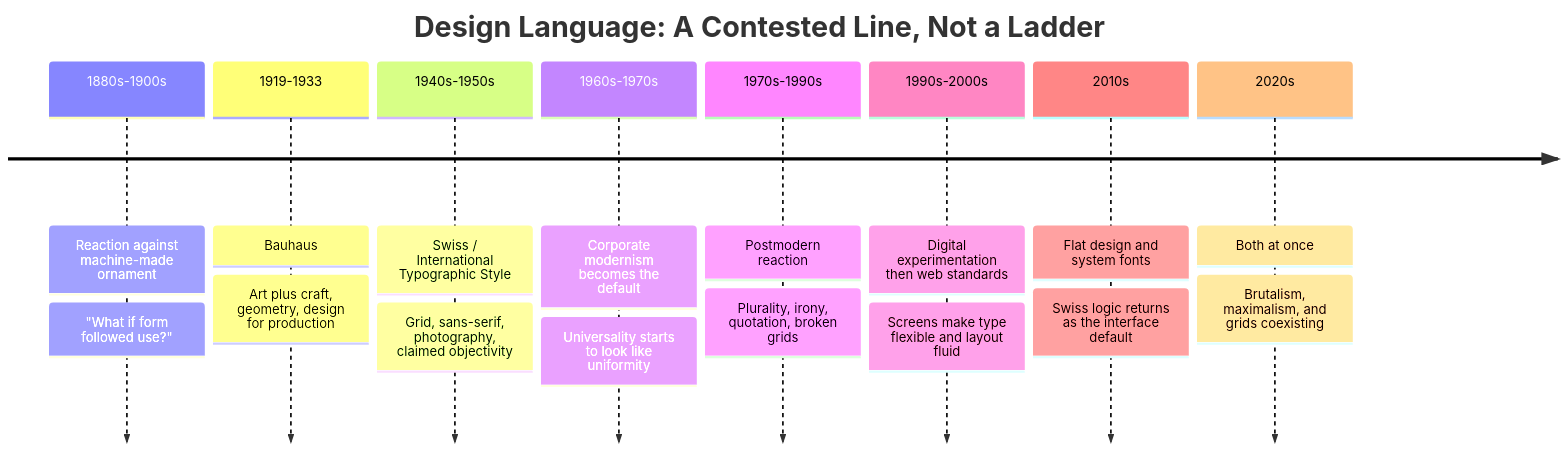
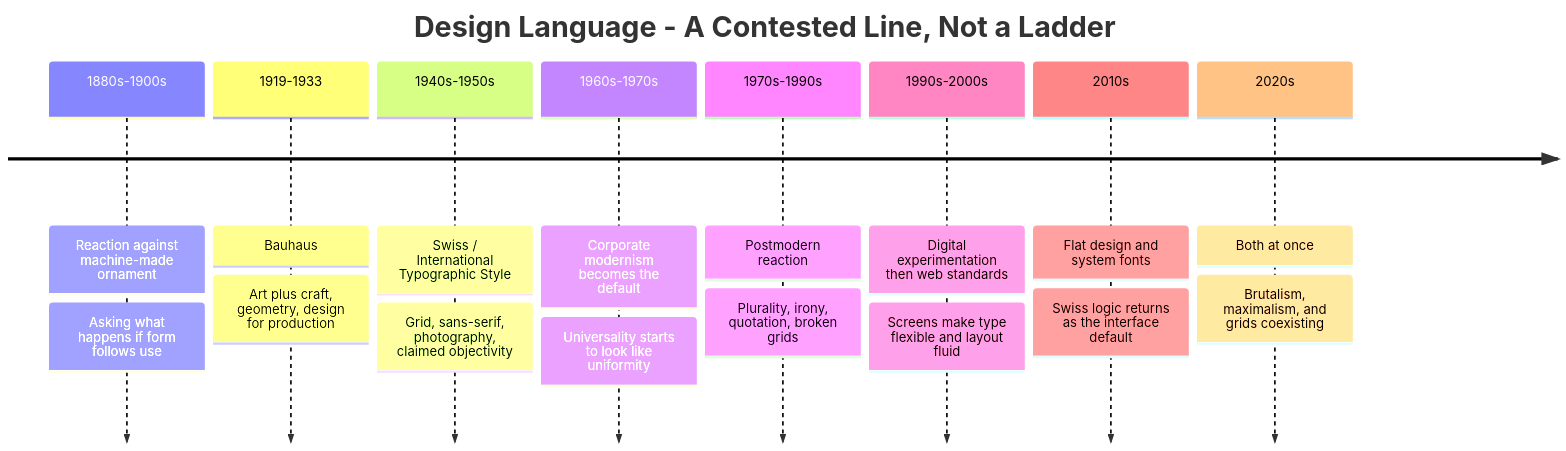
Before and after one commit to Timothy-Bailey4-10/is117_test: the diagram in book/03-design-language.md, drawn with Mermaid. The commit also changed 1 other file, not shown here.

Commit message:
Fix Mermaid syntax edge cases in chapters #3 and #4

````diff
--- a/book/03-design-language.md
+++ b/book/03-design-language.md
@@ -78,20 +78,20 @@
 ```mermaid
 timeline
-    title Design Language: A Contested Line, Not a Ladder
+    title Design Language - A Contested Line, Not a Ladder
     1880s-1900s : Reaction against machine-made ornament
-                : "What if form followed use?"
+                : Asking what happens if form follows use
     1919-1933 : Bauhaus
               : Art plus craft, geometry, design for production
     1940s-1950s : Swiss / International Typographic Style
                 : Grid, sans-serif, photography, claimed objectivity
     1960s-1970s : Corporate modernism becomes the default
                 : Universality starts to look like uniformity
     1970s-1990s : Postmodern reaction
                 : Plurality, irony, quotation, broken grids
     1990s-2000s : Digital experimentation then web standards
                 : Screens make type flexible and layout fluid
     2010s : Flat design and system fonts
           : Swiss logic returns as the interface default
     2020s : Both at once
           : Brutalism, maximalism, and grids coexisting
 ```
````
